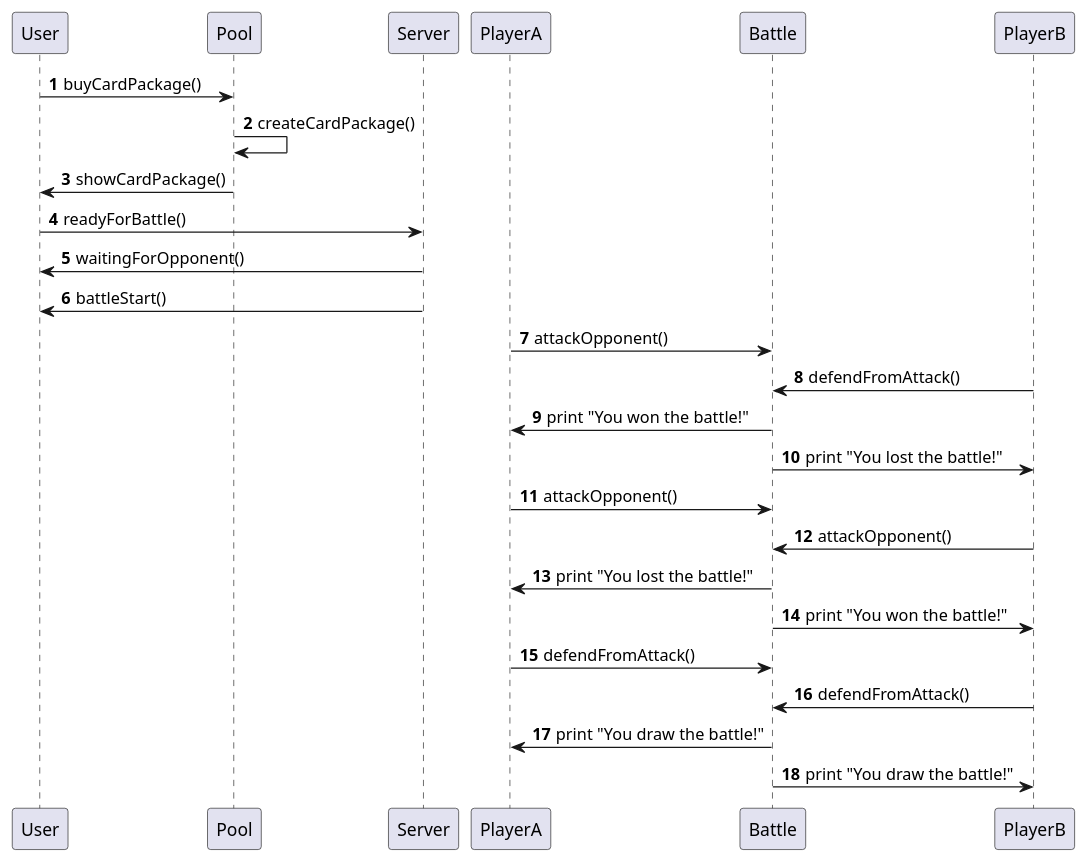
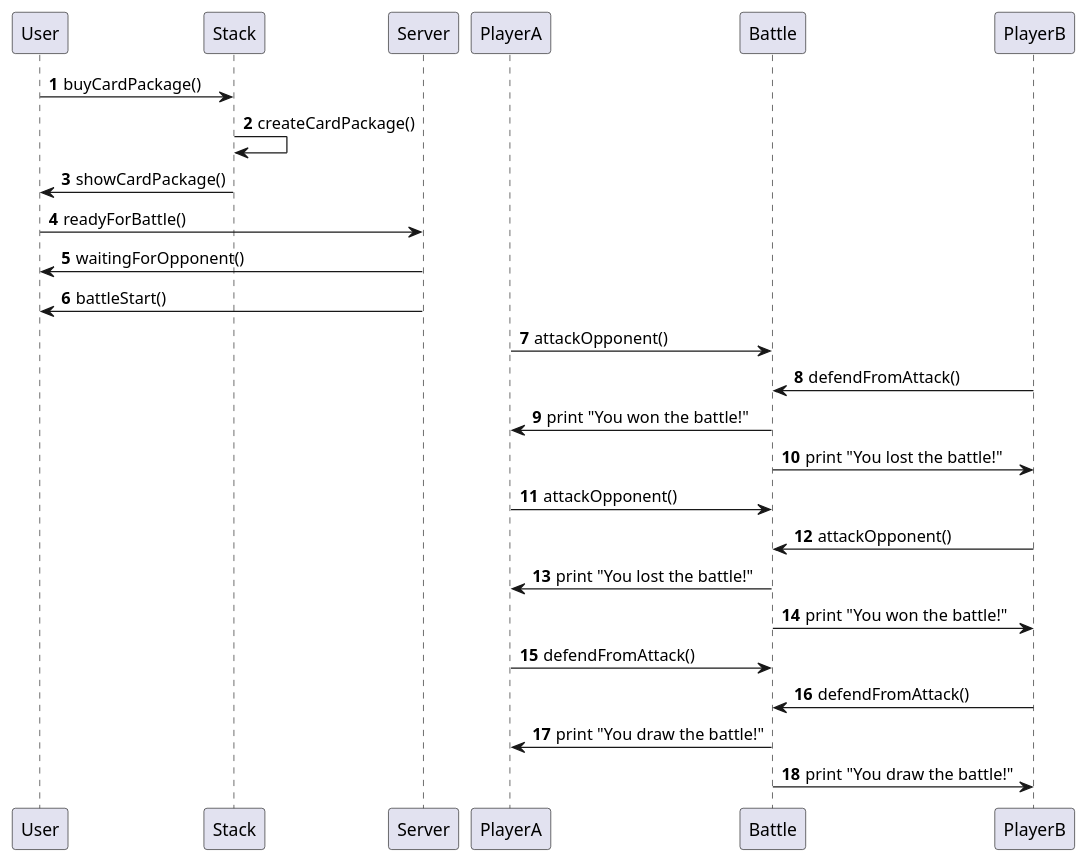
The diagram in mtcg_sequenz.puml (marielhajdari/MTCG_SWE), drawn with PlantUML before and after one commit. The commit also changed 1 other file, not shown here.

```diff
--- a/mtcg_sequenz.puml
+++ b/mtcg_sequenz.puml
@@ -1,33 +1,33 @@
 @startuml
 'https://plantuml.com/sequence-diagram
 
 autonumber
 
 
-User -> Pool : buyCardPackage()
-Pool -> Pool : createCardPackage()
-Pool -> User : showCardPackage()
+User -> Stack : buyCardPackage()
+Stack -> Stack : createCardPackage()
+Stack -> User : showCardPackage()
 
 User -> Server : readyForBattle()
 Server -> User : waitingForOpponent()
 Server -> User : battleStart()
 
 
 PlayerA -> Battle : attackOpponent()
 PlayerB -> Battle : defendFromAttack()
 Battle -> PlayerA : print "You won the battle!"
 Battle -> PlayerB : print "You lost the battle!"
 
 
 PlayerA -> Battle : attackOpponent()
 PlayerB -> Battle : attackOpponent()
 Battle -> PlayerA : print "You lost the battle!"
 Battle -> PlayerB : print "You won the battle!"
 
 PlayerA -> Battle : defendFromAttack()
 PlayerB -> Battle : defendFromAttack()
 Battle -> PlayerA : print "You draw the battle!"
 Battle -> PlayerB : print "You draw the battle!"
 
 
 @enduml
```
